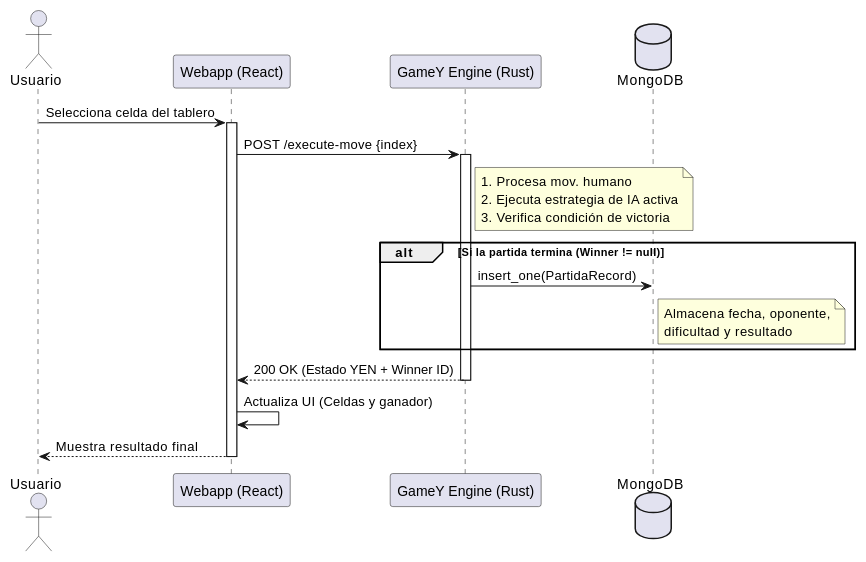
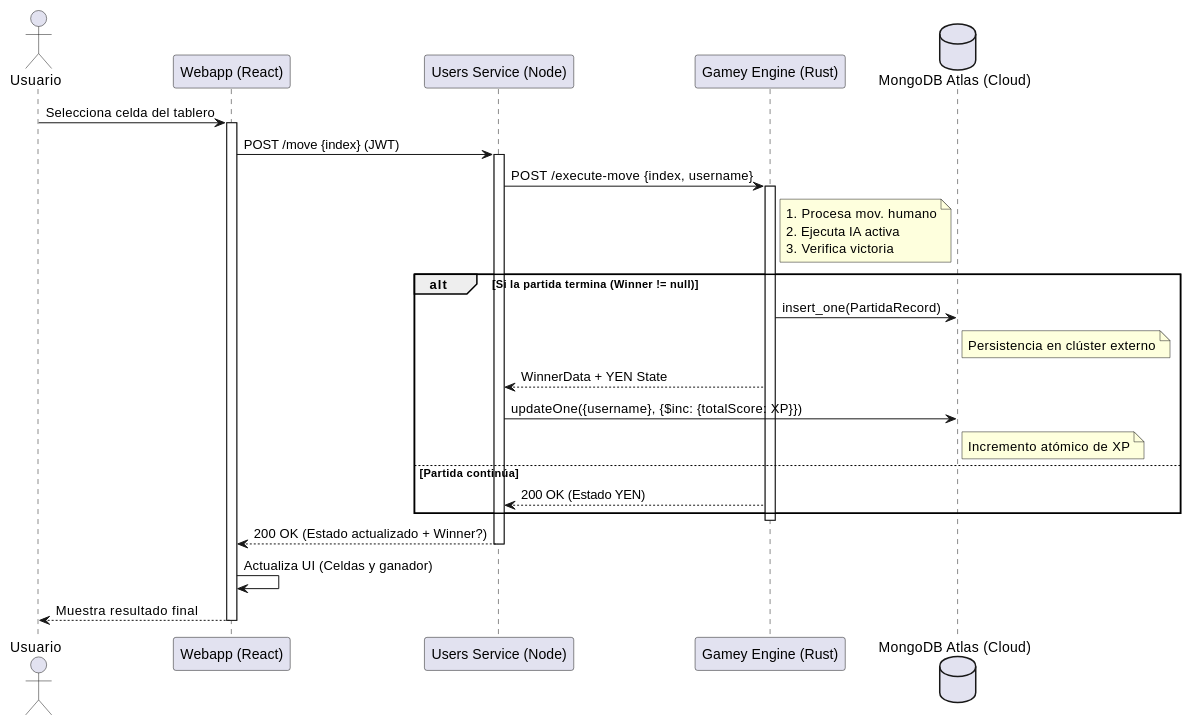
Before and after one commit to Arquisoft/yovi_es1b: the fourth of 5 diagrams in docs/src/06_runtime_view.adoc, drawn with PlantUML. The commit also changed other lines of this file and 4 other files, not shown here.

```diff
--- a/docs/src/06_runtime_view.adoc
+++ b/docs/src/06_runtime_view.adoc
@@ -84,22 +90,33 @@
 [plantuml,"Game_Move_Sequence",png]
 ----
 actor Usuario
 participant "Webapp (React)" as Webapp
-participant "GameY Engine (Rust)" as Gamey
-database "MongoDB" as DB
+participant "Users Service (Node)" as Users
+participant "Gamey Engine (Rust)" as Gamey
+database "MongoDB Atlas (Cloud)" as Atlas
 
 Usuario -> Webapp: Selecciona celda del tablero
 activate Webapp
-Webapp -> Gamey: POST /execute-move {index}
+Webapp -> Users: POST /move {index} (JWT)
+activate Users
+Users -> Gamey: POST /execute-move {index, username}
 activate Gamey
-note right of Gamey: 1. Procesa mov. humano\n2. Ejecuta estrategia de IA activa\n3. Verifica condición de victoria
+note right of Gamey: 1. Procesa mov. humano\n2. Ejecuta IA activa\n3. Verifica victoria
+
 alt Si la partida termina (Winner != null)
-    Gamey -> DB: insert_one(PartidaRecord)
-    note right of DB: Almacena fecha, oponente,\ndificultad y resultado
+    Gamey -> Atlas: insert_one(PartidaRecord)
+    note right of Atlas: Persistencia en clúster externo
+    Gamey --> Users: WinnerData + YEN State
+    Users -> Atlas: updateOne({username}, {$inc: {totalScore: XP}})
+    note right of Atlas: Incremento atómico de XP
+else Partida continúa
+    Gamey --> Users: 200 OK (Estado YEN)
 end
-Gamey --> Webapp: 200 OK (Estado YEN + Winner ID)
 deactivate Gamey
+
+Users --> Webapp: 200 OK (Estado actualizado + Winner?)
+deactivate Users
 Webapp -> Webapp: Actualiza UI (Celdas y ganador)
 Webapp --> Usuario: Muestra resultado final
 deactivate Webapp
 ----
```
